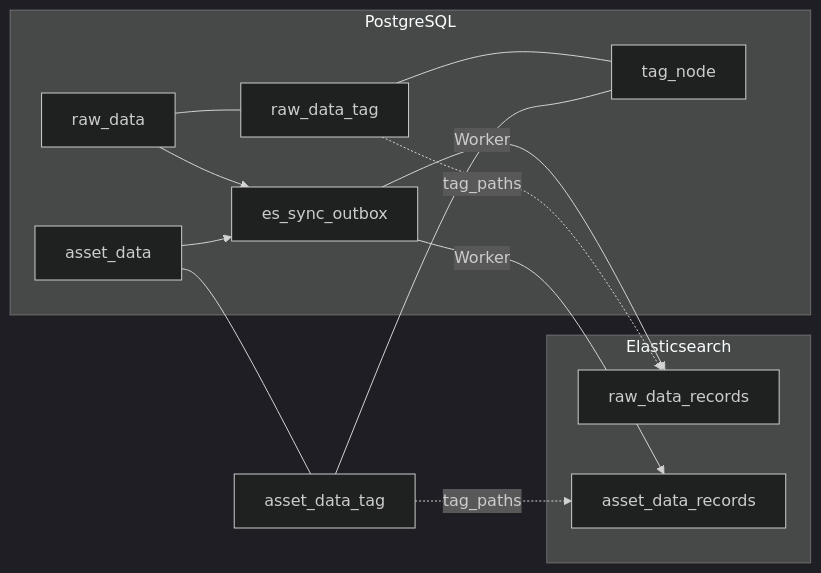
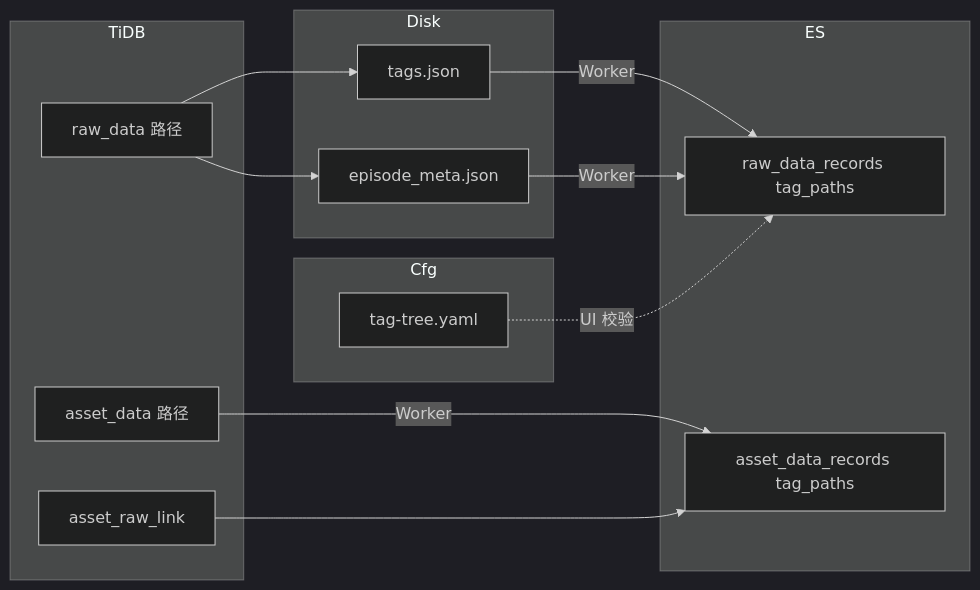
One commit to sgkokocool1/sgkokocool1 changed the fifth of 8 diagrams in docs/robot-data-platform/DESIGN.md. Above: the diagram before and after it, drawn with Mermaid (dark theme). The commit also changed other lines of this file and 4 other files, not shown here.

````diff
--- a/docs/robot-data-platform/DESIGN.md
+++ b/docs/robot-data-platform/DESIGN.md
@@ -842,24 +543,30 @@
 ```mermaid
 flowchart LR
-    subgraph PG["PostgreSQL"]
-        R[raw_data]
-        A[asset_data]
-        TN[tag_node]
-        RT[raw_data_tag]
-        OB[es_sync_outbox]
+    subgraph TiDB
+        R[raw_data 路径]
+        A[asset_data 路径]
+        L[asset_raw_link]
     end
 
-    subgraph ES["Elasticsearch"]
-        RR[raw_data_records]
-        AR[asset_data_records]
+    subgraph Disk
+        M[episode_meta.json]
+        TG[tags.json]
     end
 
-    R --- RT --- TN
-    A --- AT[asset_data_tag] --- TN
-    R --> OB
-    A --> OB
-    OB -->|Worker| RR
-    OB -->|Worker| AR
-    RT -.->|tag_paths| RR
-    AT -.->|tag_paths| AR
+    subgraph ES
+        RR[raw_data_records tag_paths]
+        AR[asset_data_records tag_paths]
+    end
+
+    subgraph Cfg
+        Y[tag-tree.yaml]
+    end
+
+    R --> M
+    R --> TG
+    TG -->|Worker| RR
+    M -->|Worker| RR
+    A -->|Worker| AR
+    L --> AR
+    Y -.->|UI 校验| RR
 ```
````
